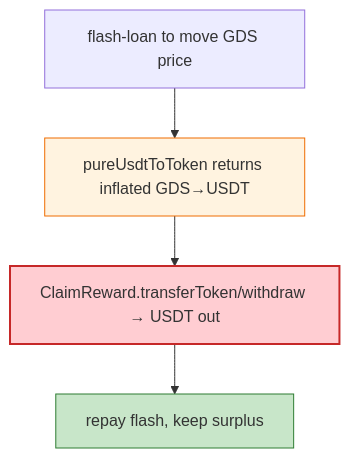
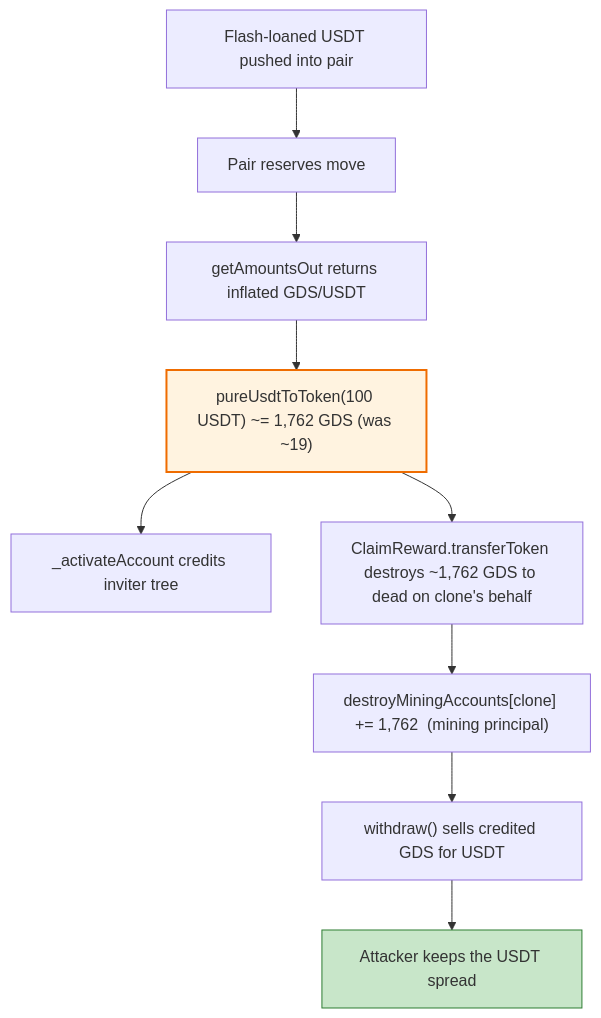
One commit to sanbir/evm-hack-registry changed the third of 4 diagrams in 2023-01-GDS_exp/GDS_exp.md. Above: the diagram before and after it, drawn with Mermaid. The commit also changed other lines of this file and 52 other files, not shown here.

````diff
--- a/2023-01-GDS_exp/GDS_exp.md
+++ b/2023-01-GDS_exp/GDS_exp.md
@@ -39,10 +366,14 @@
 ```mermaid
 flowchart TD
-    FL["flash-loan to move GDS price"] --> CV["pureUsdtToToken returns inflated GDS→USDT"]
-    CV --> CR["ClaimReward.transferToken/withdraw → USDT out"]
-    CR --> RP["repay flash, keep surplus"]
+    FL["Flash-loaned USDT pushed into pair"] --> RS["Pair reserves move"]
+    RS --> GA["getAmountsOut returns inflated GDS/USDT"]
+    GA --> PU["pureUsdtToToken(100 USDT) ~= 1,762 GDS (was ~19)"]
+    PU --> ACT["_activateAccount credits inviter tree"]
+    PU --> CR["ClaimReward.transferToken destroys ~1,762 GDS to dead on clone's behalf"]
+    CR --> DM["destroyMiningAccounts[clone] += 1,762  (mining principal)"]
+    DM --> WD["withdraw() sells credited GDS for USDT"]
+    WD --> PROFIT["Attacker keeps the USDT spread"]
 
-    style CV fill:#fff3e0,stroke:#ef6c00
-    style CR fill:#ffcdd2,stroke:#c62828,stroke-width:2px
-    style RP fill:#c8e6c9,stroke:#2e7d32
+    style PU fill:#fff3e0,stroke:#ef6c00,stroke-width:2px
+    style PROFIT fill:#c8e6c9,stroke:#2e7d32
 ```
````
